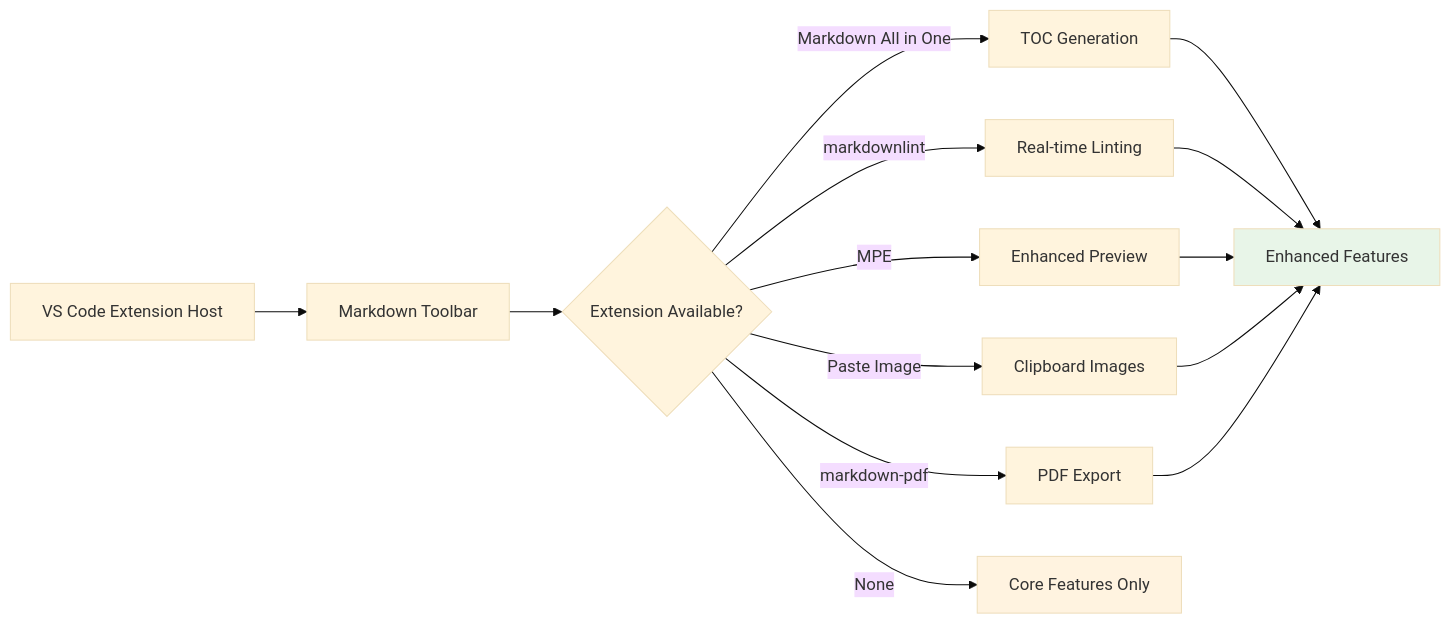
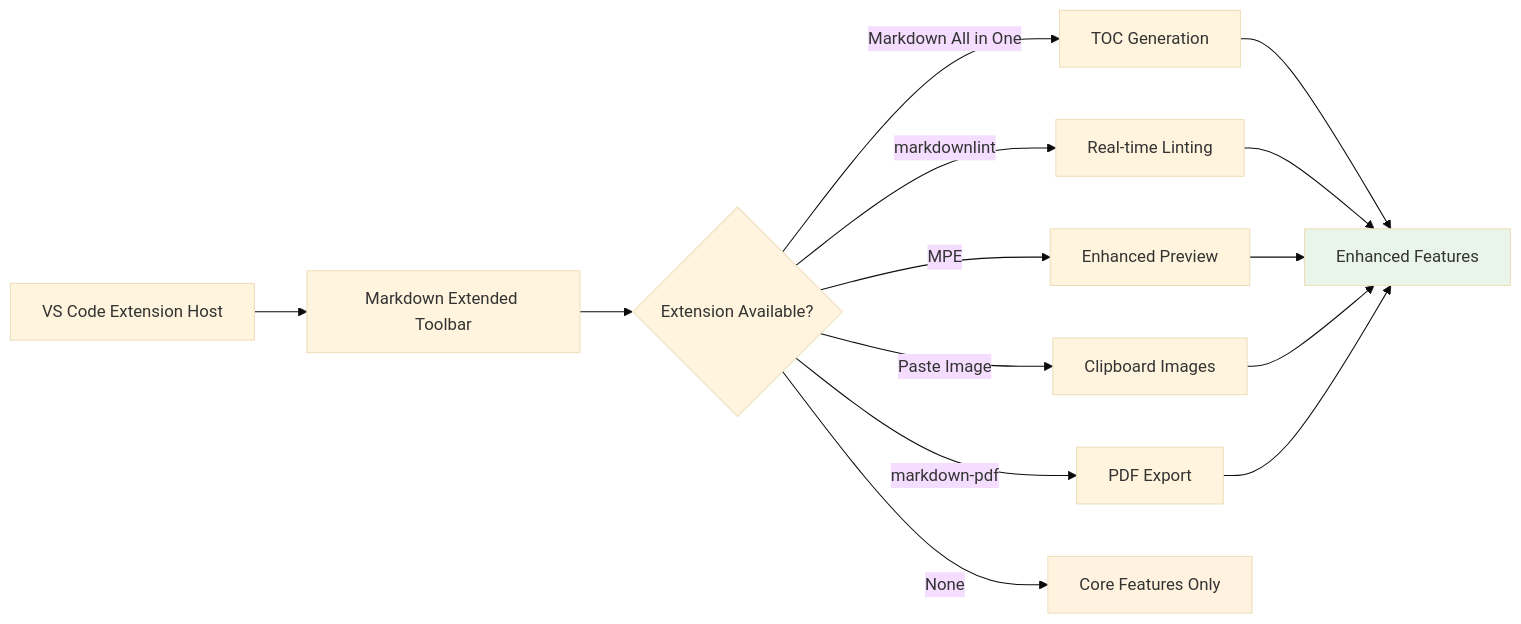
Before and after one commit to GSejas/markdown-toolbar: the fourth of 10 diagrams in README.md, drawn with Mermaid (base theme). The commit also changed other lines of this file and 60 other files, not shown here.

First line of the commit message:
refactor: Rename Markdown Toolbar to Markdown Extended Toolbar across documentation and codebase

````diff
--- a/README.md
+++ b/README.md
@@ -228,22 +228,22 @@
 ```mermaid
 graph LR
-    A[VS Code Extension Host] --> B[Markdown Toolbar]
+    A[VS Code Extension Host] --> B[Markdown Extended Toolbar]
     B --> C{Extension Available?}
 
     C -->|Markdown All in One| D[TOC Generation]
     C -->|markdownlint| E[Real-time Linting]
     C -->|MPE| F[Enhanced Preview]
     C -->|Paste Image| G[Clipboard Images]
     C -->|markdown-pdf| H[PDF Export]
 
     D --> I[Enhanced Features]
     E --> I
     F --> I
     G --> I
     H --> I
 
     C -->|None| J[Core Features Only]
 
     style I fill:#e8f5e8
     style J fill:#fff3e0
 ```
````
